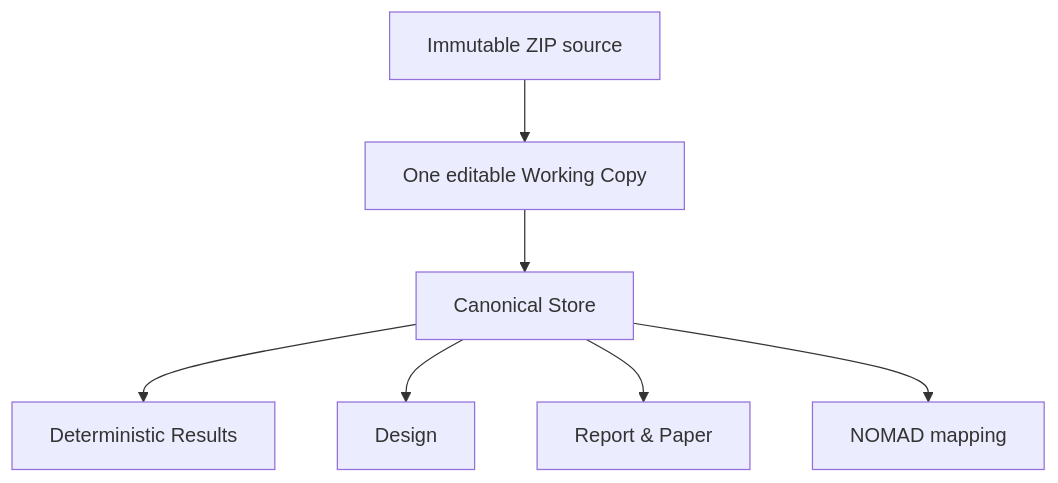
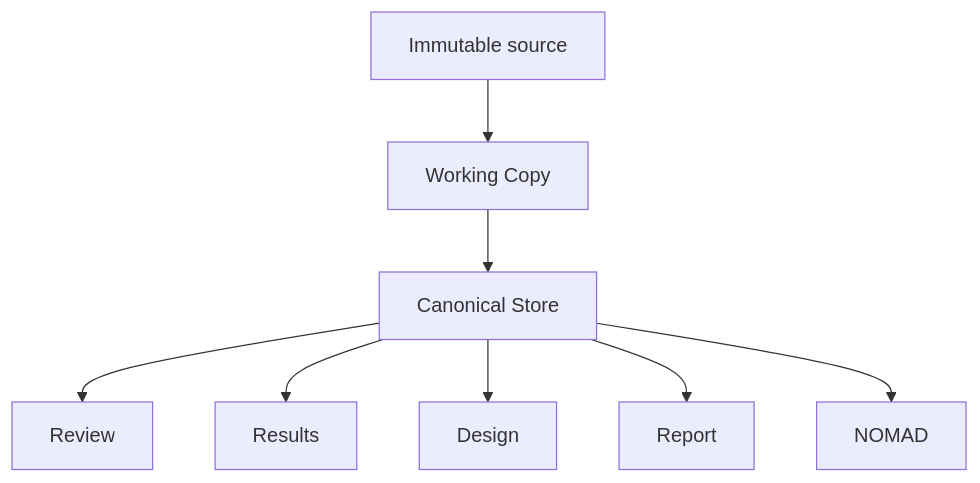
One commit to matginesi/LabFlow changed the diagram in docs/guides/RESEARCH_WORKFLOW.md. Above: the diagram before and after it, drawn with Mermaid. The commit also changed other lines of this file and 66 other files, not shown here.

````diff
--- a/docs/guides/RESEARCH_WORKFLOW.md
+++ b/docs/guides/RESEARCH_WORKFLOW.md
@@ -22,9 +22,10 @@
 ```mermaid
 flowchart TD
-  SOURCE[Immutable ZIP source] --> COPY[One editable Working Copy]
+  SOURCE[Immutable source] --> COPY[Working Copy]
   COPY --> CANONICAL[Canonical Store]
-  CANONICAL --> RESULTS[Deterministic Results]
+  CANONICAL --> REVIEW[Review]
+  CANONICAL --> RESULTS[Results]
   CANONICAL --> DESIGN[Design]
-  CANONICAL --> REPORT[Report & Paper]
-  CANONICAL --> NOMAD[NOMAD mapping]
+  CANONICAL --> REPORT[Report]
+  CANONICAL --> NOMAD[NOMAD]
 ```
````
